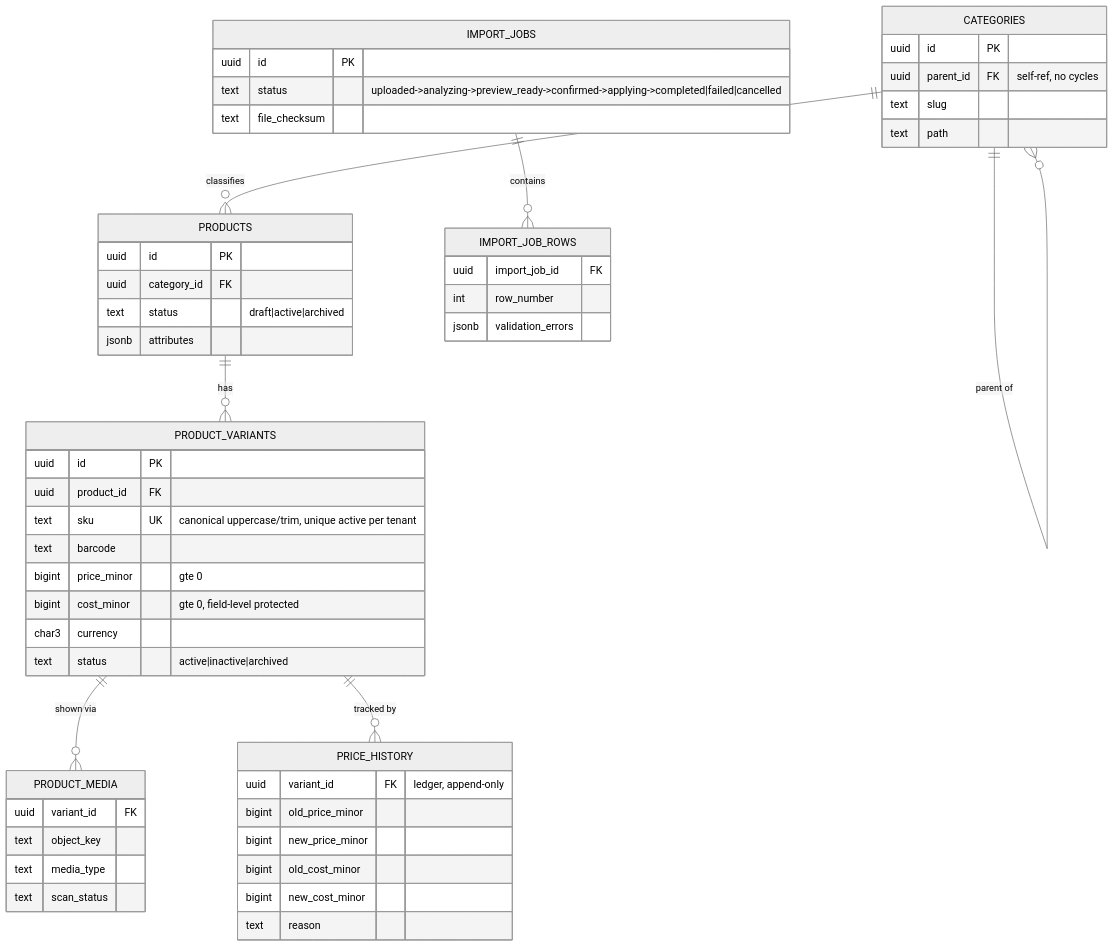
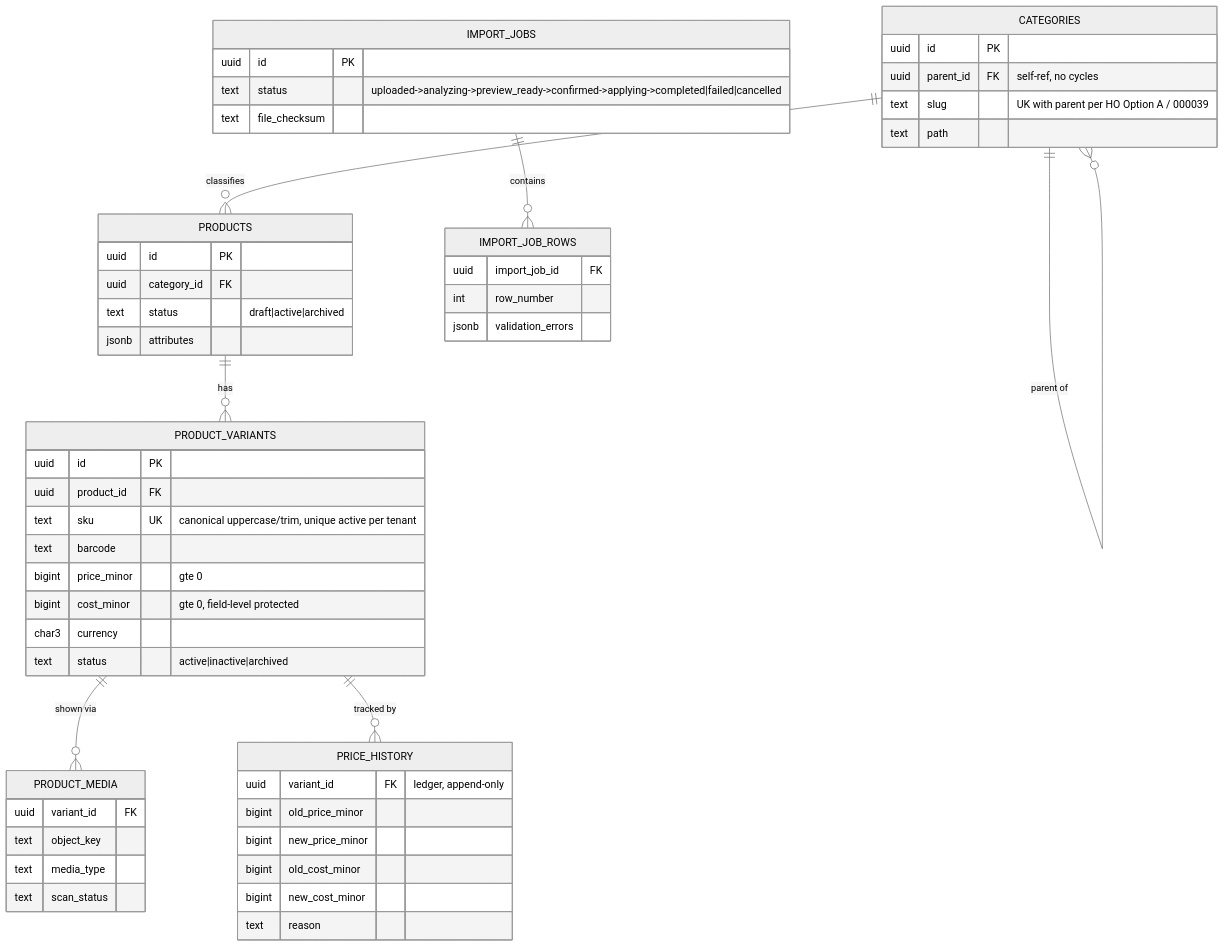
Before and after one commit to LonelyTraderBay/Phan_mem_ban_hang_online: the third of 8 diagrams in backend/docs/data/ERD.md, drawn with Mermaid (neutral theme). The commit also changed other lines of this file and 22 other files, not shown here.

First line of the commit message:
feat(backend): hoàn thiện schema DB P0–P5.1 (TTL, RLS auth, audit_logs, slug danh mục)

````diff
--- a/backend/docs/data/ERD.md
+++ b/backend/docs/data/ERD.md
@@ -188,56 +190,56 @@
 ```mermaid
 erDiagram
   CATEGORIES ||--o{ CATEGORIES : "parent of"
   CATEGORIES ||--o{ PRODUCTS : "classifies"
   PRODUCTS ||--o{ PRODUCT_VARIANTS : "has"
   PRODUCT_VARIANTS ||--o{ PRODUCT_MEDIA : "shown via"
   PRODUCT_VARIANTS ||--o{ PRICE_HISTORY : "tracked by"
   IMPORT_JOBS ||--o{ IMPORT_JOB_ROWS : "contains"
 
   CATEGORIES {
     uuid id PK
     uuid parent_id FK "self-ref, no cycles"
-    text slug
+    text slug "UK with parent per HO Option A / 000039"
     text path
   }
   PRODUCTS {
     uuid id PK
     uuid category_id FK
     text status "draft|active|archived"
     jsonb attributes
   }
   PRODUCT_VARIANTS {
     uuid id PK
     uuid product_id FK
     text sku UK "canonical uppercase/trim, unique active per tenant"
     text barcode
     bigint price_minor "gte 0"
     bigint cost_minor "gte 0, field-level protected"
     char3 currency
     text status "active|inactive|archived"
   }
   PRODUCT_MEDIA {
     uuid variant_id FK
     text object_key
     text media_type
     text scan_status
   }
   PRICE_HISTORY {
     uuid variant_id FK "ledger, append-only"
     bigint old_price_minor
     bigint new_price_minor
     bigint old_cost_minor
     bigint new_cost_minor
     text reason
   }
   IMPORT_JOBS {
     uuid id PK
     text status "uploaded->analyzing->preview_ready->confirmed->applying->completed|failed|cancelled"
     text file_checksum
   }
   IMPORT_JOB_ROWS {
     uuid import_job_id FK
     int row_number
     jsonb validation_errors
   }
 ```
````
